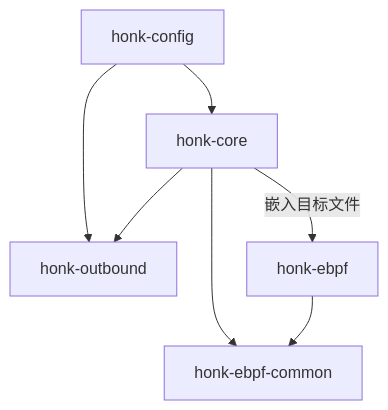
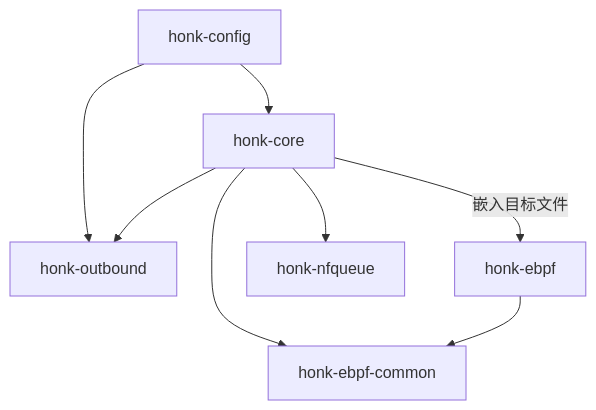
The first of 2 diagrams in doc/design.zh.md (Glassyiris/honk), drawn with Mermaid before and after one commit. The commit also changed other lines of this file and 8 other files, not shown here.

````diff
--- a/doc/design.zh.md
+++ b/doc/design.zh.md
@@ -44,9 +45,10 @@
 ```mermaid
 flowchart TB
   CFG[honk-config] --> CORE[honk-core]
   CFG --> OB[honk-outbound]
   CORE --> OB
   CORE --> COM[honk-ebpf-common]
   EBPF[honk-ebpf] --> COM
   CORE -->|嵌入目标文件| EBPF
+  CORE --> NFQ[honk-nfqueue]
 ```
````
